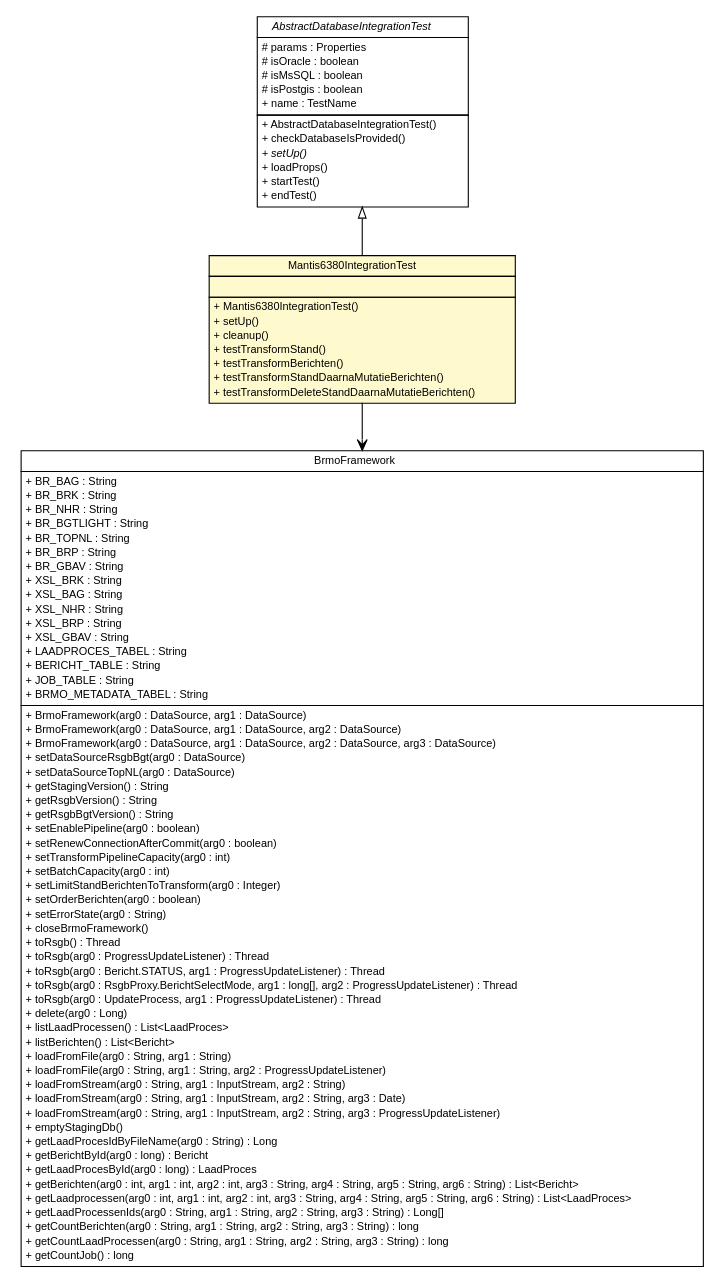
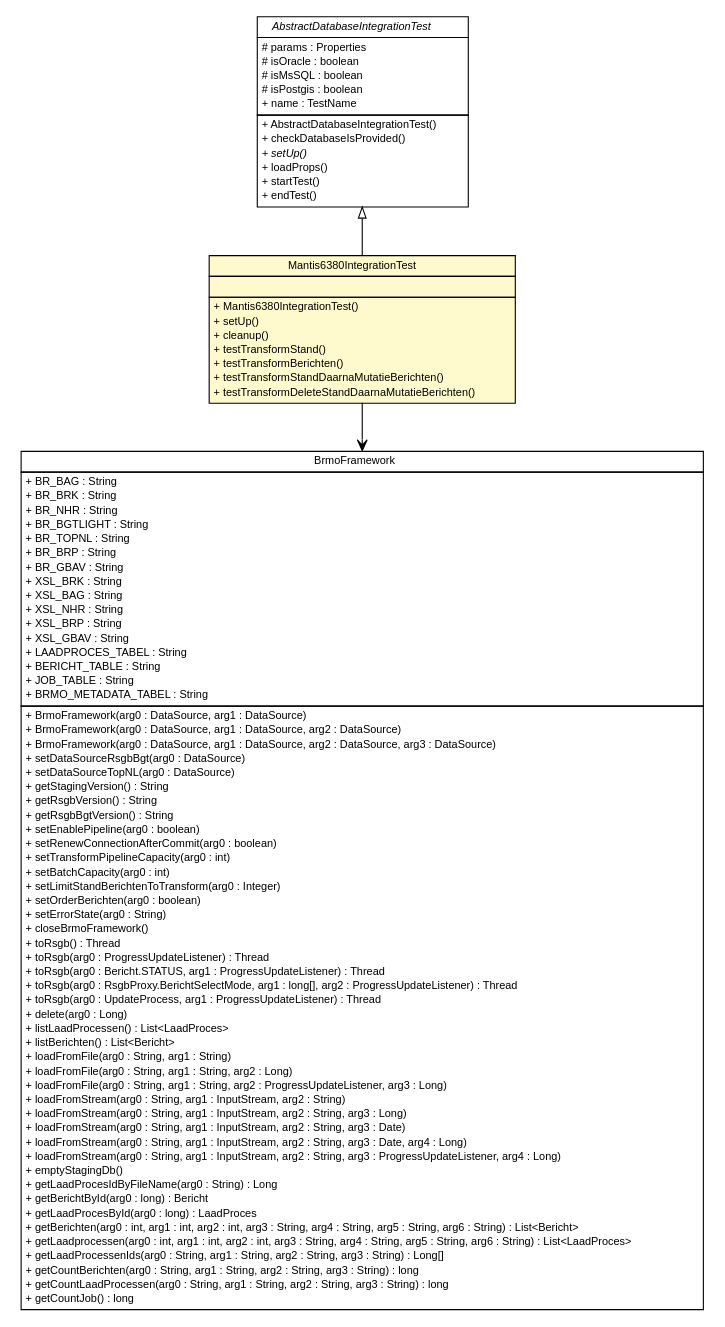
One commit to B3Partners/brmo changed the diagram in brmo-loader/testapidocs/nl/b3p/Mantis6380IntegrationTest.dot. Above: the diagram before and after it, drawn with Graphviz. The commit also changed 4551 other files, not shown here.

```diff
--- a/brmo-loader/testapidocs/nl/b3p/Mantis6380IntegrationTest.dot
+++ b/brmo-loader/testapidocs/nl/b3p/Mantis6380IntegrationTest.dot
@@ -1,120 +1,123 @@
 #!/usr/local/bin/dot
 #
 # Class diagram 
 # Generated by UMLGraph version R5_6-24-gf6e263 (http://www.umlgraph.org/)
 #
 
 digraph G {
 	edge [fontname="Helvetica",fontsize=10,labelfontname="Helvetica",labelfontsize=10];
 	node [fontname="Helvetica",fontsize=10,shape=plaintext];
 	nodesep=0.25;
 	ranksep=0.5;
 	// nl.b3p.Mantis6380IntegrationTest
-	c833 [label=<<table title="nl.b3p.Mantis6380IntegrationTest" border="0" cellborder="1" cellspacing="0" cellpadding="2" port="p" bgcolor="lemonChiffon" href="./Mantis6380IntegrationTest.html">
+	c891 [label=<<table title="nl.b3p.Mantis6380IntegrationTest" border="0" cellborder="1" cellspacing="0" cellpadding="2" port="p" bgcolor="lemonChiffon" href="./Mantis6380IntegrationTest.html">
 		<tr><td><table border="0" cellspacing="0" cellpadding="1">
 <tr><td align="center" balign="center"> Mantis6380IntegrationTest </td></tr>
 		</table></td></tr>
 		<tr><td><table border="0" cellspacing="0" cellpadding="1">
 <tr><td align="left" balign="left">  </td></tr>
 		</table></td></tr>
 		<tr><td><table border="0" cellspacing="0" cellpadding="1">
 <tr><td align="left" balign="left"> + Mantis6380IntegrationTest() </td></tr>
 <tr><td align="left" balign="left"> + setUp() </td></tr>
 <tr><td align="left" balign="left"> + cleanup() </td></tr>
 <tr><td align="left" balign="left"> + testTransformStand() </td></tr>
 <tr><td align="left" balign="left"> + testTransformBerichten() </td></tr>
 <tr><td align="left" balign="left"> + testTransformStandDaarnaMutatieBerichten() </td></tr>
 <tr><td align="left" balign="left"> + testTransformDeleteStandDaarnaMutatieBerichten() </td></tr>
 		</table></td></tr>
 		</table>>, URL="./Mantis6380IntegrationTest.html", fontname="Helvetica", fontcolor="black", fontsize=10.0];
 	// nl.b3p.AbstractDatabaseIntegrationTest
-	c834 [label=<<table title="nl.b3p.AbstractDatabaseIntegrationTest" border="0" cellborder="1" cellspacing="0" cellpadding="2" port="p" href="./AbstractDatabaseIntegrationTest.html">
+	c892 [label=<<table title="nl.b3p.AbstractDatabaseIntegrationTest" border="0" cellborder="1" cellspacing="0" cellpadding="2" port="p" href="./AbstractDatabaseIntegrationTest.html">
 		<tr><td><table border="0" cellspacing="0" cellpadding="1">
 <tr><td align="center" balign="center"><font face="Helvetica-Oblique"> AbstractDatabaseIntegrationTest </font></td></tr>
 		</table></td></tr>
 		<tr><td><table border="0" cellspacing="0" cellpadding="1">
 <tr><td align="left" balign="left"> # params : Properties </td></tr>
 <tr><td align="left" balign="left"> # isOracle : boolean </td></tr>
 <tr><td align="left" balign="left"> # isMsSQL : boolean </td></tr>
 <tr><td align="left" balign="left"> # isPostgis : boolean </td></tr>
 <tr><td align="left" balign="left"> + name : TestName </td></tr>
 		</table></td></tr>
 		<tr><td><table border="0" cellspacing="0" cellpadding="1">
 <tr><td align="left" balign="left"> + AbstractDatabaseIntegrationTest() </td></tr>
 <tr><td align="left" balign="left"> + checkDatabaseIsProvided() </td></tr>
 <tr><td align="left" balign="left"><font face="Helvetica-Oblique" point-size="10.0"> + setUp() </font></td></tr>
 <tr><td align="left" balign="left"> + loadProps() </td></tr>
 <tr><td align="left" balign="left"> + startTest() </td></tr>
 <tr><td align="left" balign="left"> + endTest() </td></tr>
 		</table></td></tr>
 		</table>>, URL="./AbstractDatabaseIntegrationTest.html", fontname="Helvetica", fontcolor="black", fontsize=10.0];
 	//nl.b3p.Mantis6380IntegrationTest extends nl.b3p.AbstractDatabaseIntegrationTest
-	c834:p -> c833:p [dir=back,arrowtail=empty];
+	c892:p -> c891:p [dir=back,arrowtail=empty];
 	// nl.b3p.Mantis6380IntegrationTest NAVASSOC nl.b3p.brmo.loader.BrmoFramework
-	c833:p -> c847:p [taillabel="", label="", headlabel="", fontname="Helvetica", fontcolor="black", fontsize=10.0, color="black", arrowhead=open];
+	c891:p -> c906:p [taillabel="", label="", headlabel="", fontname="Helvetica", fontcolor="black", fontsize=10.0, color="black", arrowhead=open];
 	// nl.b3p.brmo.loader.BrmoFramework
-	c847 [label=<<table title="nl.b3p.brmo.loader.BrmoFramework" border="0" cellborder="1" cellspacing="0" cellpadding="2" port="p" href="http://java.sun.com/j2se/1.4.2/docs/api/nl/b3p/brmo/loader/BrmoFramework.html">
+	c906 [label=<<table title="nl.b3p.brmo.loader.BrmoFramework" border="0" cellborder="1" cellspacing="0" cellpadding="2" port="p">
 		<tr><td><table border="0" cellspacing="0" cellpadding="1">
 <tr><td align="center" balign="center"> BrmoFramework </td></tr>
 		</table></td></tr>
 		<tr><td><table border="0" cellspacing="0" cellpadding="1">
 <tr><td align="left" balign="left"> + BR_BAG : String </td></tr>
 <tr><td align="left" balign="left"> + BR_BRK : String </td></tr>
 <tr><td align="left" balign="left"> + BR_NHR : String </td></tr>
 <tr><td align="left" balign="left"> + BR_BGTLIGHT : String </td></tr>
 <tr><td align="left" balign="left"> + BR_TOPNL : String </td></tr>
 <tr><td align="left" balign="left"> + BR_BRP : String </td></tr>
 <tr><td align="left" balign="left"> + BR_GBAV : String </td></tr>
 <tr><td align="left" balign="left"> + XSL_BRK : String </td></tr>
 <tr><td align="left" balign="left"> + XSL_BAG : String </td></tr>
 <tr><td align="left" balign="left"> + XSL_NHR : String </td></tr>
 <tr><td align="left" balign="left"> + XSL_BRP : String </td></tr>
 <tr><td align="left" balign="left"> + XSL_GBAV : String </td></tr>
 <tr><td align="left" balign="left"> + LAADPROCES_TABEL : String </td></tr>
 <tr><td align="left" balign="left"> + BERICHT_TABLE : String </td></tr>
 <tr><td align="left" balign="left"> + JOB_TABLE : String </td></tr>
 <tr><td align="left" balign="left"> + BRMO_METADATA_TABEL : String </td></tr>
 		</table></td></tr>
 		<tr><td><table border="0" cellspacing="0" cellpadding="1">
 <tr><td align="left" balign="left"> + BrmoFramework(arg0 : DataSource, arg1 : DataSource) </td></tr>
 <tr><td align="left" balign="left"> + BrmoFramework(arg0 : DataSource, arg1 : DataSource, arg2 : DataSource) </td></tr>
 <tr><td align="left" balign="left"> + BrmoFramework(arg0 : DataSource, arg1 : DataSource, arg2 : DataSource, arg3 : DataSource) </td></tr>
 <tr><td align="left" balign="left"> + setDataSourceRsgbBgt(arg0 : DataSource) </td></tr>
 <tr><td align="left" balign="left"> + setDataSourceTopNL(arg0 : DataSource) </td></tr>
 <tr><td align="left" balign="left"> + getStagingVersion() : String </td></tr>
 <tr><td align="left" balign="left"> + getRsgbVersion() : String </td></tr>
 <tr><td align="left" balign="left"> + getRsgbBgtVersion() : String </td></tr>
 <tr><td align="left" balign="left"> + setEnablePipeline(arg0 : boolean) </td></tr>
 <tr><td align="left" balign="left"> + setRenewConnectionAfterCommit(arg0 : boolean) </td></tr>
 <tr><td align="left" balign="left"> + setTransformPipelineCapacity(arg0 : int) </td></tr>
 <tr><td align="left" balign="left"> + setBatchCapacity(arg0 : int) </td></tr>
 <tr><td align="left" balign="left"> + setLimitStandBerichtenToTransform(arg0 : Integer) </td></tr>
 <tr><td align="left" balign="left"> + setOrderBerichten(arg0 : boolean) </td></tr>
 <tr><td align="left" balign="left"> + setErrorState(arg0 : String) </td></tr>
 <tr><td align="left" balign="left"> + closeBrmoFramework() </td></tr>
 <tr><td align="left" balign="left"> + toRsgb() : Thread </td></tr>
 <tr><td align="left" balign="left"> + toRsgb(arg0 : ProgressUpdateListener) : Thread </td></tr>
 <tr><td align="left" balign="left"> + toRsgb(arg0 : Bericht.STATUS, arg1 : ProgressUpdateListener) : Thread </td></tr>
 <tr><td align="left" balign="left"> + toRsgb(arg0 : RsgbProxy.BerichtSelectMode, arg1 : long[], arg2 : ProgressUpdateListener) : Thread </td></tr>
 <tr><td align="left" balign="left"> + toRsgb(arg0 : UpdateProcess, arg1 : ProgressUpdateListener) : Thread </td></tr>
 <tr><td align="left" balign="left"> + delete(arg0 : Long) </td></tr>
 <tr><td align="left" balign="left"> + listLaadProcessen() : List&lt;LaadProces&gt; </td></tr>
 <tr><td align="left" balign="left"> + listBerichten() : List&lt;Bericht&gt; </td></tr>
 <tr><td align="left" balign="left"> + loadFromFile(arg0 : String, arg1 : String) </td></tr>
-<tr><td align="left" balign="left"> + loadFromFile(arg0 : String, arg1 : String, arg2 : ProgressUpdateListener) </td></tr>
+<tr><td align="left" balign="left"> + loadFromFile(arg0 : String, arg1 : String, arg2 : Long) </td></tr>
+<tr><td align="left" balign="left"> + loadFromFile(arg0 : String, arg1 : String, arg2 : ProgressUpdateListener, arg3 : Long) </td></tr>
 <tr><td align="left" balign="left"> + loadFromStream(arg0 : String, arg1 : InputStream, arg2 : String) </td></tr>
+<tr><td align="left" balign="left"> + loadFromStream(arg0 : String, arg1 : InputStream, arg2 : String, arg3 : Long) </td></tr>
 <tr><td align="left" balign="left"> + loadFromStream(arg0 : String, arg1 : InputStream, arg2 : String, arg3 : Date) </td></tr>
-<tr><td align="left" balign="left"> + loadFromStream(arg0 : String, arg1 : InputStream, arg2 : String, arg3 : ProgressUpdateListener) </td></tr>
+<tr><td align="left" balign="left"> + loadFromStream(arg0 : String, arg1 : InputStream, arg2 : String, arg3 : Date, arg4 : Long) </td></tr>
+<tr><td align="left" balign="left"> + loadFromStream(arg0 : String, arg1 : InputStream, arg2 : String, arg3 : ProgressUpdateListener, arg4 : Long) </td></tr>
 <tr><td align="left" balign="left"> + emptyStagingDb() </td></tr>
 <tr><td align="left" balign="left"> + getLaadProcesIdByFileName(arg0 : String) : Long </td></tr>
 <tr><td align="left" balign="left"> + getBerichtById(arg0 : long) : Bericht </td></tr>
 <tr><td align="left" balign="left"> + getLaadProcesById(arg0 : long) : LaadProces </td></tr>
 <tr><td align="left" balign="left"> + getBerichten(arg0 : int, arg1 : int, arg2 : int, arg3 : String, arg4 : String, arg5 : String, arg6 : String) : List&lt;Bericht&gt; </td></tr>
 <tr><td align="left" balign="left"> + getLaadprocessen(arg0 : int, arg1 : int, arg2 : int, arg3 : String, arg4 : String, arg5 : String, arg6 : String) : List&lt;LaadProces&gt; </td></tr>
 <tr><td align="left" balign="left"> + getLaadProcessenIds(arg0 : String, arg1 : String, arg2 : String, arg3 : String) : Long[] </td></tr>
 <tr><td align="left" balign="left"> + getCountBerichten(arg0 : String, arg1 : String, arg2 : String, arg3 : String) : long </td></tr>
 <tr><td align="left" balign="left"> + getCountLaadProcessen(arg0 : String, arg1 : String, arg2 : String, arg3 : String) : long </td></tr>
 <tr><td align="left" balign="left"> + getCountJob() : long </td></tr>
 		</table></td></tr>
-		</table>>, URL="http://java.sun.com/j2se/1.4.2/docs/api/nl/b3p/brmo/loader/BrmoFramework.html", fontname="Helvetica", fontcolor="black", fontsize=10.0];
+		</table>>, URL="null", fontname="Helvetica", fontcolor="black", fontsize=10.0];
 }
```
